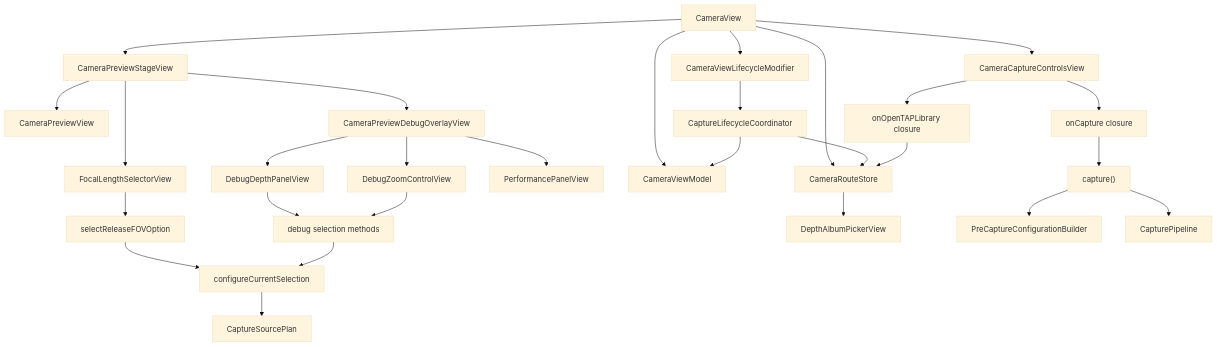
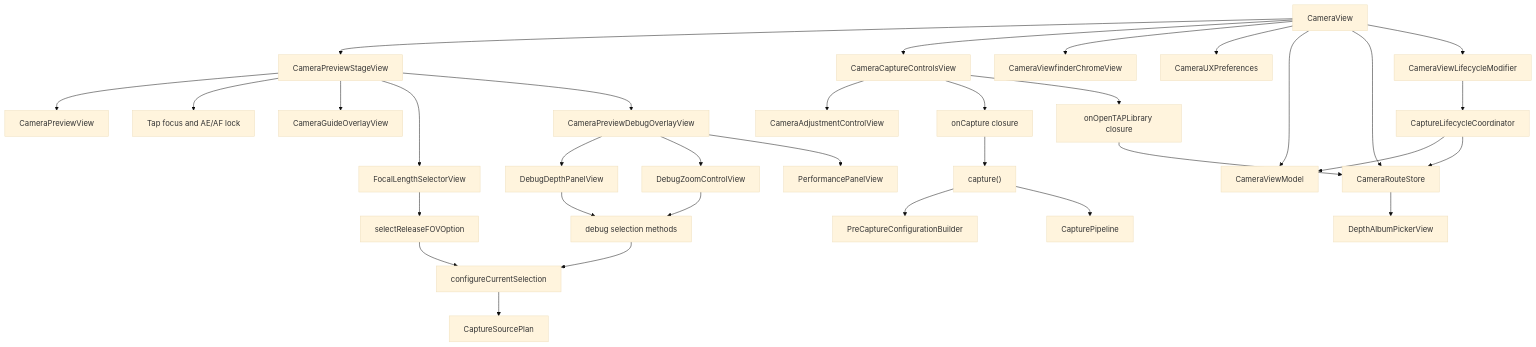
Before and after one commit to TAP-NAP/TAPCamDemo: the diagram in TAPCamDemo/CameraCapture/UI/README.md, drawn with Mermaid (base theme). The commit also changed other lines of this file and 64 other files, not shown here.

Commit message:
Refine TAPCamDemo capture flow and diagnostics

````diff
--- a/TAPCamDemo/CameraCapture/UI/README.md
+++ b/TAPCamDemo/CameraCapture/UI/README.md
@@ -33,50 +40,60 @@
 ```mermaid
 flowchart TD
     View["CameraView"] --> Stage["CameraPreviewStageView"]
     Stage --> Preview["CameraPreviewView"]
+    Stage --> FocusGesture["Tap focus and AE/AF lock"]
+    Stage --> Guides["CameraGuideOverlayView"]
     Stage --> FOV["FocalLengthSelectorView"]
     Stage --> DebugOverlay["CameraPreviewDebugOverlayView"]
     DebugOverlay --> DebugDepth["DebugDepthPanelView"]
     DebugOverlay --> DebugZoom["DebugZoomControlView"]
     DebugOverlay --> DebugMetrics["PerformancePanelView"]
     View --> Controls["CameraCaptureControlsView"]
+    View --> Chrome["CameraViewfinderChromeView"]
+    Controls --> AdjustmentControls["CameraAdjustmentControlView"]
+    View --> Preferences["CameraUXPreferences"]
     View --> VM["CameraViewModel"]
     Controls --> CaptureAction["onCapture closure"]
     Controls --> LibraryAction["onOpenTAPLibrary closure"]
     FOV --> Select["selectReleaseFOVOption"]
     DebugDepth --> DebugSelect["debug selection methods"]
     DebugZoom --> DebugSelect
     View --> Route["CameraRouteStore"]
     View --> LifecycleModifier["CameraViewLifecycleModifier"]
     LifecycleModifier --> Lifecycle["CaptureLifecycleCoordinator"]
     Route --> Album["DepthAlbumPickerView"]
     Lifecycle --> VM
     Lifecycle --> Route
     Select --> Configure["configureCurrentSelection"]
     DebugSelect --> Configure
     Configure --> Plan["CaptureSourcePlan"]
     CaptureAction --> Capture["capture()"]
     Capture --> Snapshot["PreCaptureConfigurationBuilder"]
     Capture --> Pipeline["CapturePipeline"]
     LibraryAction --> Route
 
     click View "CameraView.swift"
     click Stage "CameraPreviewStageView.swift"
+    click FocusGesture "CameraPreviewStageView.swift"
+    click Guides "CameraGuideOverlayView.swift"
     click DebugOverlay "CameraPreviewDebugOverlayView.swift"
     click DebugDepth "DebugDepthPanelView.swift"
     click DebugZoom "DebugZoomControlView.swift"
     click DebugMetrics "PerformancePanelView.swift"
     click Preview "CameraPreviewView.swift"
     click FOV "FocalLengthSelectorView.swift"
     click Controls "CameraCaptureControlsView.swift"
+    click Chrome "CameraViewfinderChromeView.swift"
+    click AdjustmentControls "CameraAdjustmentControlView.swift"
+    click Preferences "CameraUXPreferences.swift"
     click VM "CameraViewModel.swift"
     click Route "CameraRouteStore.swift"
     click LifecycleModifier "CameraViewLifecycleModifier.swift"
     click Lifecycle "CaptureLifecycleCoordinator.swift"
     click Album "../../DepthAnalysis/DepthAlbumPickerView.swift"
     click Select "CameraViewModel+Selection.swift"
     click Configure "CameraViewModel+Selection.swift"
     click Capture "CameraViewModel+Capture.swift"
     click Snapshot "../Planning/PreCaptureConfigurationBuilder.swift"
     click Pipeline "../Runtime/CapturePipeline.swift"
 ```
````
